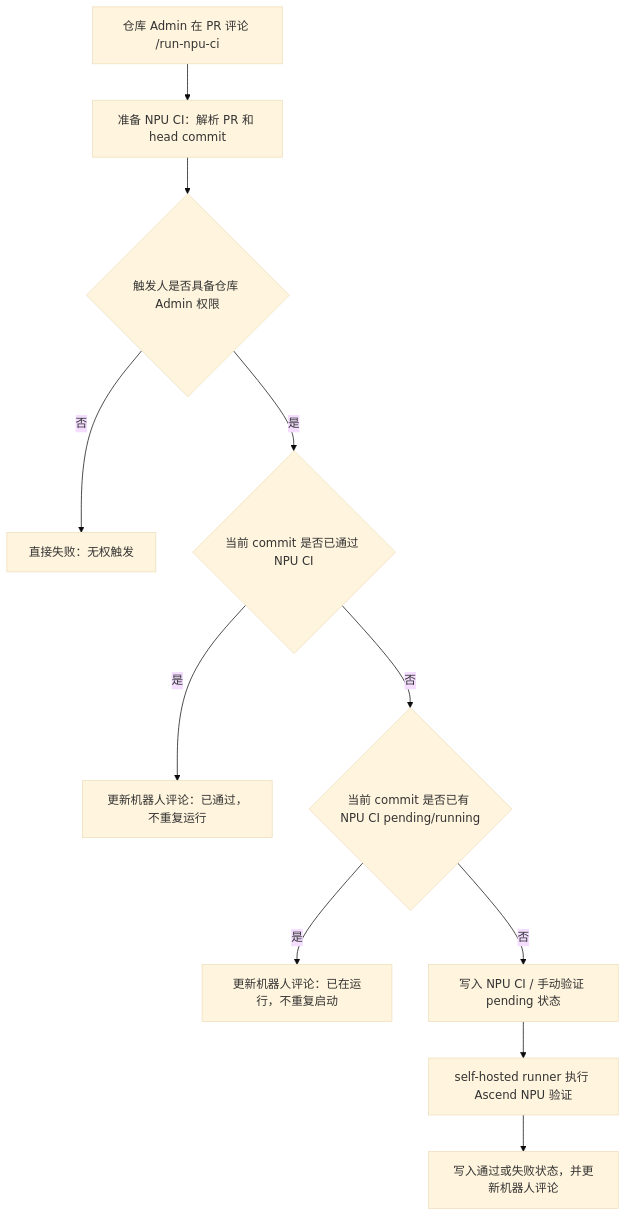
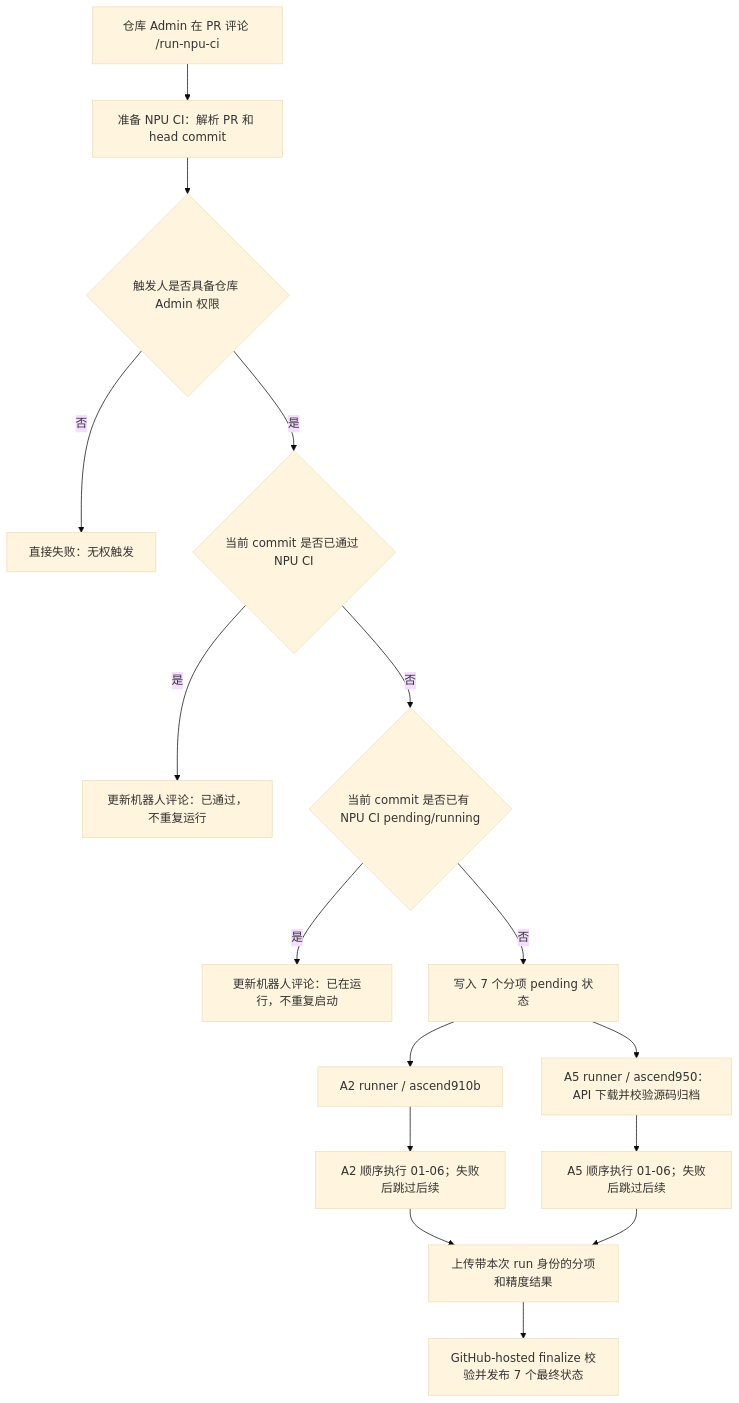
Before and after one commit to AnnYE131/flash-linear-attention-npu: the second of 4 diagrams in docs/Fla-npu仓CI部署教程.md, drawn with Mermaid (base theme). The commit also changed other lines of this file and 24 other files, not shown here.

````diff
--- a/docs/Fla-npu仓CI部署教程.md
+++ b/docs/Fla-npu仓CI部署教程.md
@@ -63,13 +89,18 @@
 ```mermaid
 flowchart TD
     A["仓库 Admin 在 PR 评论 /run-npu-ci"] --> B["准备 NPU CI：解析 PR 和 head commit"]
     B --> C{"触发人是否具备仓库 Admin 权限"}
     C -- "否" --> D["直接失败：无权触发"]
     C -- "是" --> E{"当前 commit 是否已通过 NPU CI"}
     E -- "是" --> F["更新机器人评论：已通过，不重复运行"]
     E -- "否" --> G{"当前 commit 是否已有 NPU CI pending/running"}
     G -- "是" --> H["更新机器人评论：已在运行，不重复启动"]
-    G -- "否" --> I["写入 NPU CI / 手动验证 pending 状态"]
-    I --> J["self-hosted runner 执行 Ascend NPU 验证"]
-    J --> K["写入通过或失败状态，并更新机器人评论"]
+    G -- "否" --> I["写入 7 个分项 pending 状态"]
+    I --> J["A2 runner / ascend910b"]
+    I --> K["A5 runner / ascend950：API 下载并校验源码归档"]
+    J --> L["A2 顺序执行 01-06；失败后跳过后续"]
+    K --> M["A5 顺序执行 01-06；失败后跳过后续"]
+    L --> N["上传带本次 run 身份的分项和精度结果"]
+    M --> N
+    N --> O["GitHub-hosted finalize 校验并发布 7 个最终状态"]
 ```
````
